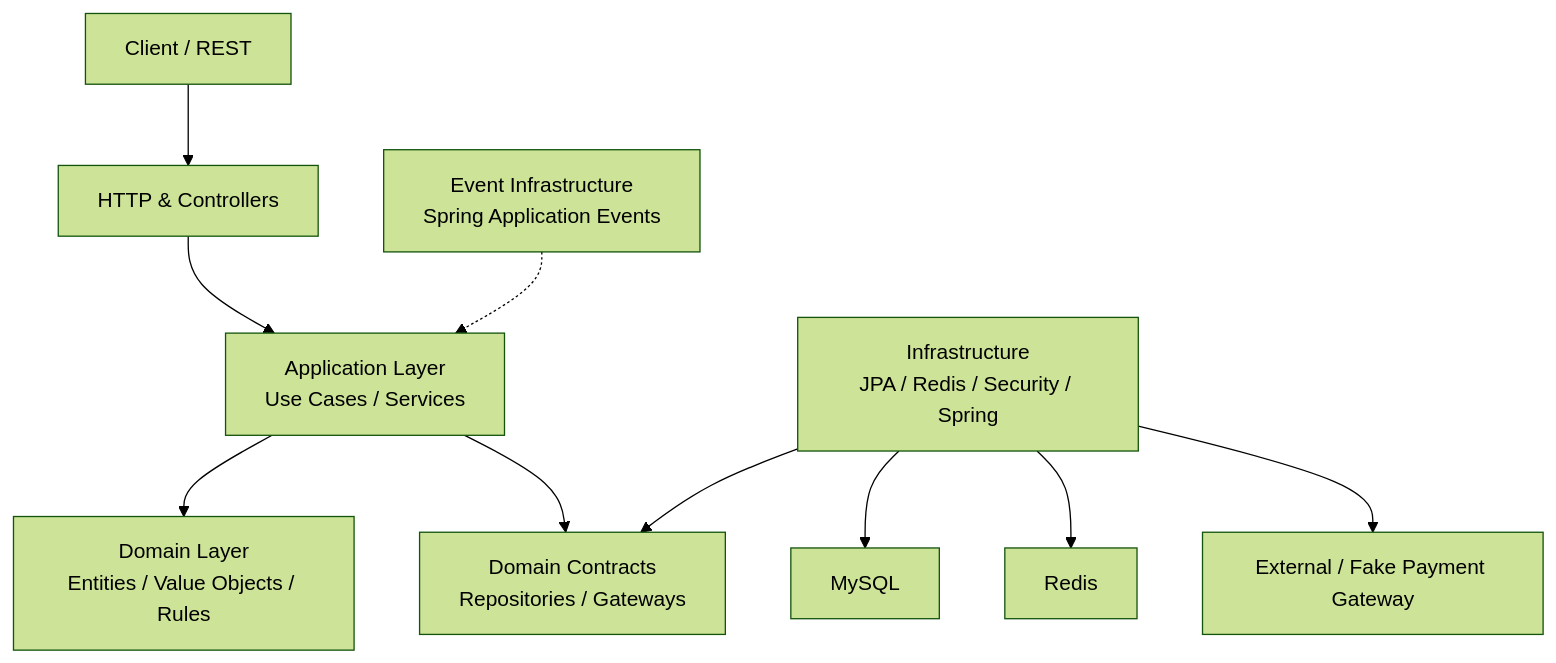
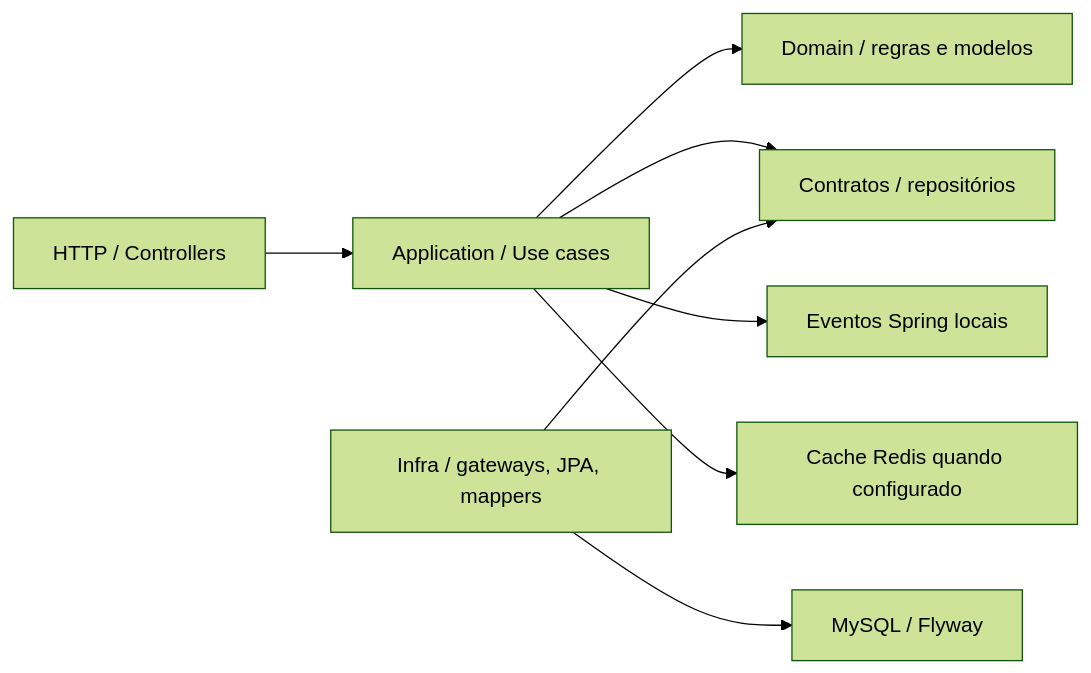
The diagram in doc/docs/architecture.md (softwarekleberson/E-commerce), drawn with Mermaid (forest theme) before and after one commit. The commit also changed other lines of this file and 26 other files, not shown here.

First line of the commit message:
docs: update architecture documentation and module READMEs

````diff
--- a/doc/docs/architecture.md
+++ b/doc/docs/architecture.md
@@ -15,12 +9,10 @@
 ```mermaid
-flowchart TB
-    CLIENT["Client / REST"] --> HTTP["HTTP & Controllers"]
-    HTTP --> APP["Application Layer\nUse Cases / Services"]
-    APP --> DOMAIN["Domain Layer\nEntities / Value Objects / Rules"]
-    APP --> PORTS["Domain Contracts\nRepositories / Gateways"]
-    INFRA["Infrastructure\nJPA / Redis / Security / Spring"] --> PORTS
-    INFRA --> DB["MySQL"]
-    INFRA --> REDIS["Redis"]
-    INFRA --> EXT["External / Fake Payment Gateway"]
-    EVENT["Event Infrastructure\nSpring Application Events"] -.-> APP
+flowchart LR
+    HTTP["HTTP / Controllers"] --> UC["Application / Use cases"]
+    UC --> DOMAIN["Domain / regras e modelos"]
+    UC --> PORTS["Contratos / repositórios"]
+    ADAPTERS["Infra / gateways, JPA, mappers"] --> PORTS
+    ADAPTERS --> DB["MySQL / Flyway"]
+    UC --> EVENTS["Eventos Spring locais"]
+    UC --> REDIS["Cache Redis quando configurado"]
 ```
````
